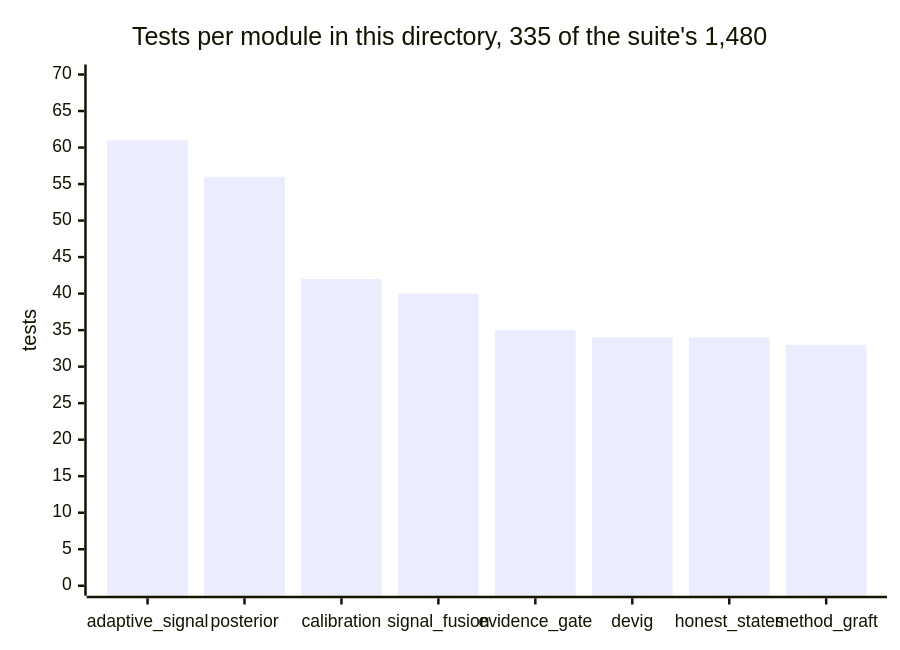
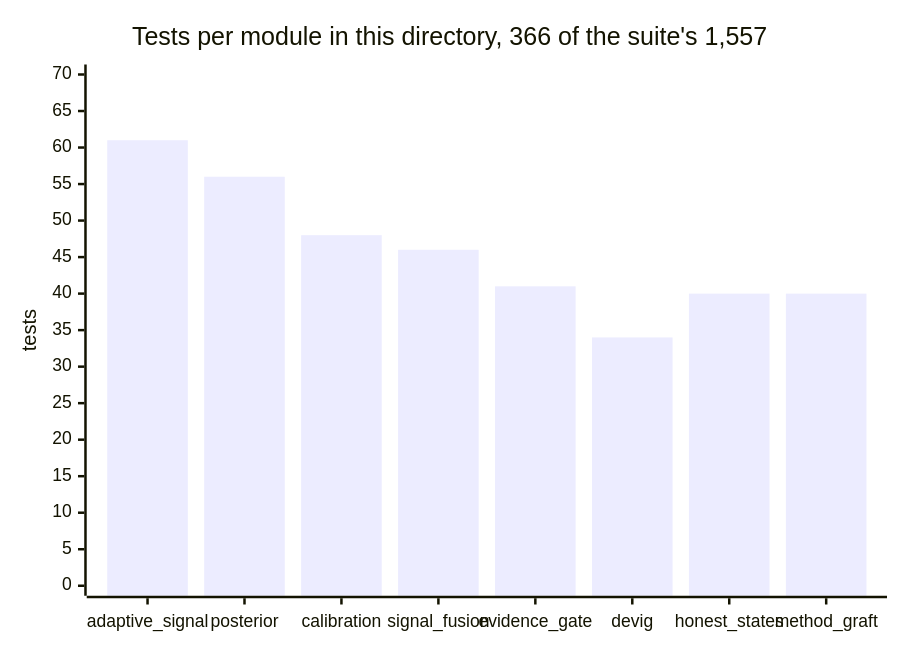
The ninth of 10 diagrams in polymind/README.md (greeklinux/Showcase), drawn with Mermaid before and after one commit. The commit also changed other lines of this file and 34 other files, not shown here.

````diff
--- a/polymind/README.md
+++ b/polymind/README.md
@@ -602,7 +602,7 @@
 ```mermaid
 xychart-beta
-    title "Tests per module in this directory, 335 of the suite's 1,480"
+    title "Tests per module in this directory, 366 of the suite's 1,557"
     x-axis ["adaptive_signal", "posterior", "calibration", "signal_fusion", "evidence_gate", "devig", "honest_states", "method_graft"]
     y-axis "tests" 0 --> 70
-    bar [61, 56, 42, 40, 35, 34, 34, 33]
+    bar [61, 56, 48, 46, 41, 34, 40, 40]
 ```
````
